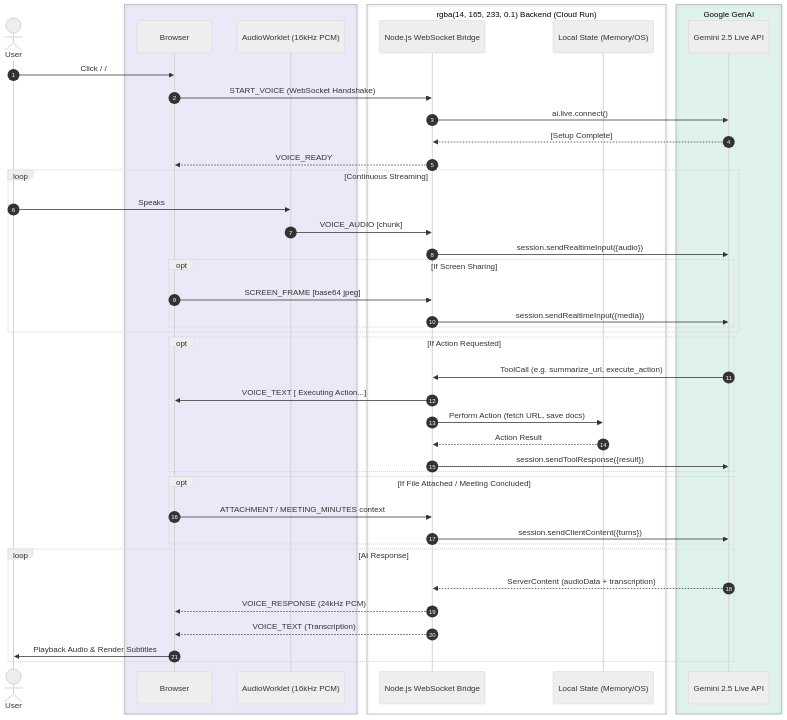
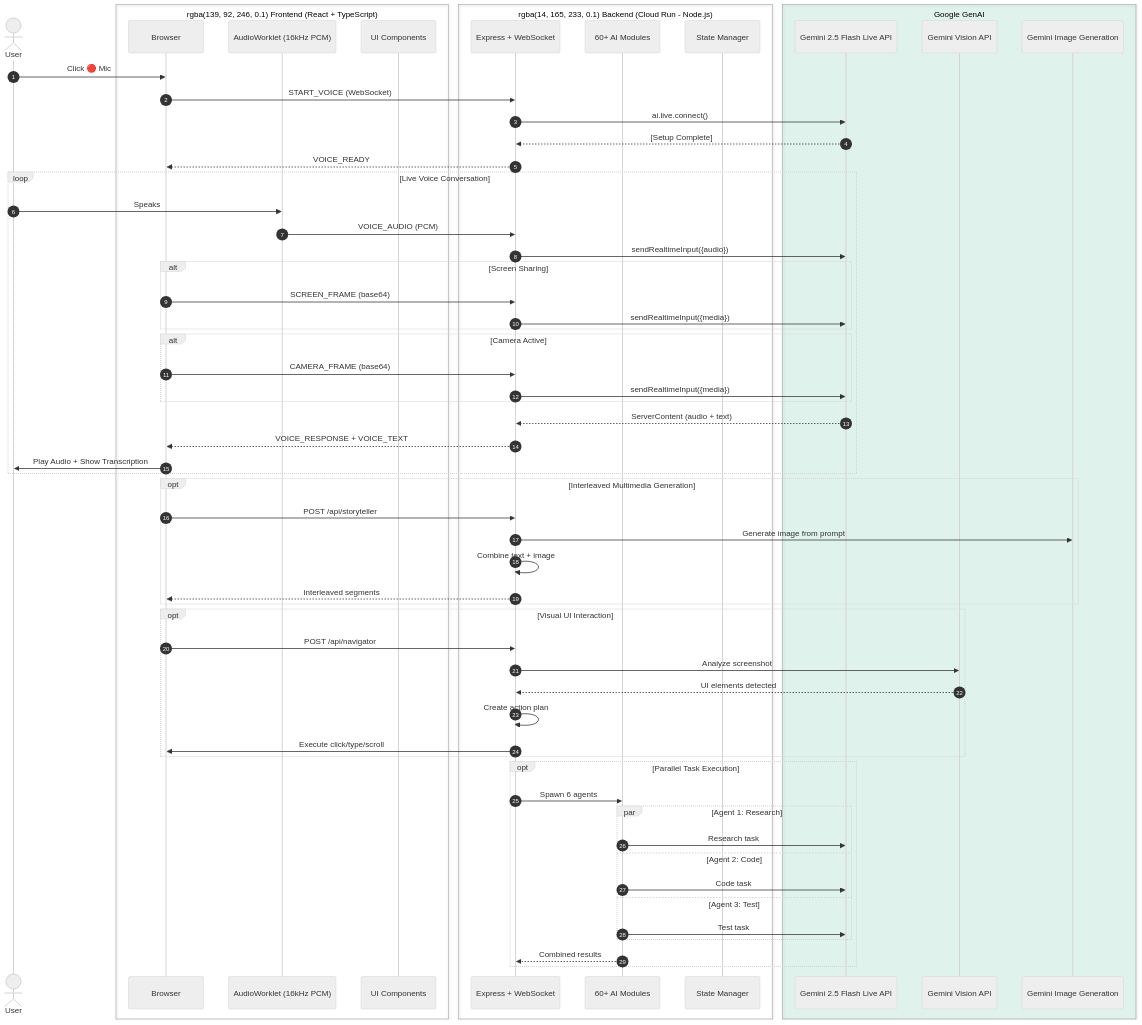
Before and after one commit to umairWali/gemini_live_agent: the second of 3 diagrams in architecture.md, drawn with Mermaid (neutral theme). The commit also changed other lines of this file and 32 other files, not shown here.

````diff
--- a/architecture.md
+++ b/architecture.md
@@ -11,62 +40,81 @@
 ```mermaid
 sequenceDiagram
     autonumber
     actor User
 
-    box rgba(139, 92, 246, 0.1) Frontend (React 19)
+    box rgba(139, 92, 246, 0.1) Frontend (React + TypeScript)
     participant Browser
     participant Worklet as AudioWorklet (16kHz PCM)
+    participant UI as UI Components
     end
 
-    box rgba(14, 165, 233, 0.1) Backend (Cloud Run)
-    participant Server as Node.js WebSocket Bridge
-    participant Context as Local State (Memory/OS)
+    box rgba(14, 165, 233, 0.1) Backend (Cloud Run - Node.js)
+    participant Server as Express + WebSocket
+    participant Modules as 60+ AI Modules
+    participant State as State Manager
     end
 
     box rgba(16, 185, 129, 0.1) Google GenAI
-    participant Gemini as Gemini 2.5 Live API
+    participant Gemini as Gemini 2.5 Flash Live API
+    participant Vision as Gemini Vision API
+    participant Gen as Gemini Image Generation
     end
 
-    %% Session Initialization
-    User->>Browser: Click  /  / 
-    Browser->>Server: START_VOICE (WebSocket Handshake)
+    %% Live Agent - Voice
+    User->>Browser: Click 🔴 Mic
+    Browser->>Server: START_VOICE (WebSocket)
     Server->>Gemini: ai.live.connect()
     Gemini-->>Server: [Setup Complete]
     Server-->>Browser: VOICE_READY
 
-    %% Continuous Bi-Directional Streaming
-    loop Continuous Streaming
+    %% Continuous Streaming
+    loop Live Voice Conversation
         User->>Worklet: Speaks
-        Worklet->>Server: VOICE_AUDIO [chunk]
-        Server->>Gemini: session.sendRealtimeInput({audio})
+        Worklet->>Server: VOICE_AUDIO (PCM)
+        Server->>Gemini: sendRealtimeInput({audio})
         
-        opt If Screen Sharing
-            Browser->>Server: SCREEN_FRAME [base64 jpeg]
-            Server->>Gemini: session.sendRealtimeInput({media})
+        alt Screen Sharing
+            Browser->>Server: SCREEN_FRAME (base64)
+            Server->>Gemini: sendRealtimeInput({media})
         end
+        
+        alt Camera Active
+            Browser->>Server: CAMERA_FRAME (base64)
+            Server->>Gemini: sendRealtimeInput({media})
+        end
+        
+        Gemini-->>Server: ServerContent (audio + text)
+        Server-->>Browser: VOICE_RESPONSE + VOICE_TEXT
+        Browser->>User: Play Audio + Show Transcription
     end
 
-    %% Autonomous Tool Calling (Live Function Calling)
-    opt If Action Requested
-        Gemini->>Server: ToolCall (e.g. summarize_url, execute_action)
-        Server->>Browser: VOICE_TEXT [ Executing Action...]
-        Server->>Context: Perform Action (fetch URL, save docs)
-        Context-->>Server: Action Result
-        Server->>Gemini: session.sendToolResponse({result})
+    %% Creative Storyteller
+    opt Interleaved Multimedia Generation
+        Browser->>Server: POST /api/storyteller
+        Server->>Gen: Generate image from prompt
+        Server->>Server: Combine text + image
+        Server-->>Browser: Interleaved segments
     end
 
-    %% File Attachments & Meeting Minutes
-    opt If File Attached / Meeting Concluded
-        Browser->>Server: ATTACHMENT / MEETING_MINUTES context
-        Server->>Gemini: session.sendClientContent({turns})
+    %% UI Navigator
+    opt Visual UI Interaction
+        Browser->>Server: POST /api/navigator
+        Server->>Vision: Analyze screenshot
+        Vision-->>Server: UI elements detected
+        Server->>Server: Create action plan
+        Server->>Browser: Execute click/type/scroll
     end
 
-    %% AI Response Generation
-    loop AI Response
-        Gemini-->>Server: ServerContent (audioData + transcription)
-        Server-->>Browser: VOICE_RESPONSE (24kHz PCM)
-        Server-->>Browser: VOICE_TEXT (Transcription)
-        Browser->>User: Playback Audio & Render Subtitles
+    %% Multi-Agent Swarm
+    opt Parallel Task Execution
+        Server->>Modules: Spawn 6 agents
+        par Agent 1: Research
+            Modules->>Gemini: Research task
+        and Agent 2: Code
+            Modules->>Gemini: Code task
+        and Agent 3: Test
+            Modules->>Gemini: Test task
+        end
+        Modules-->>Server: Combined results
     end
-
 ```
````
